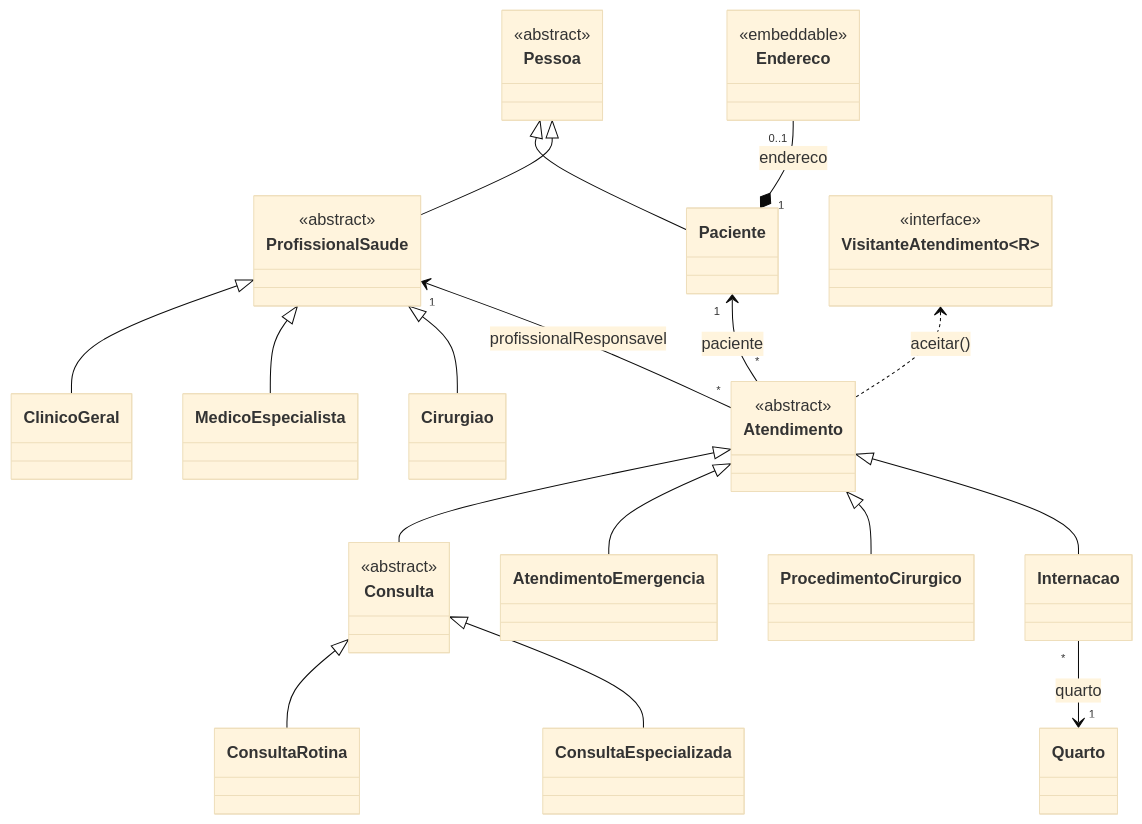
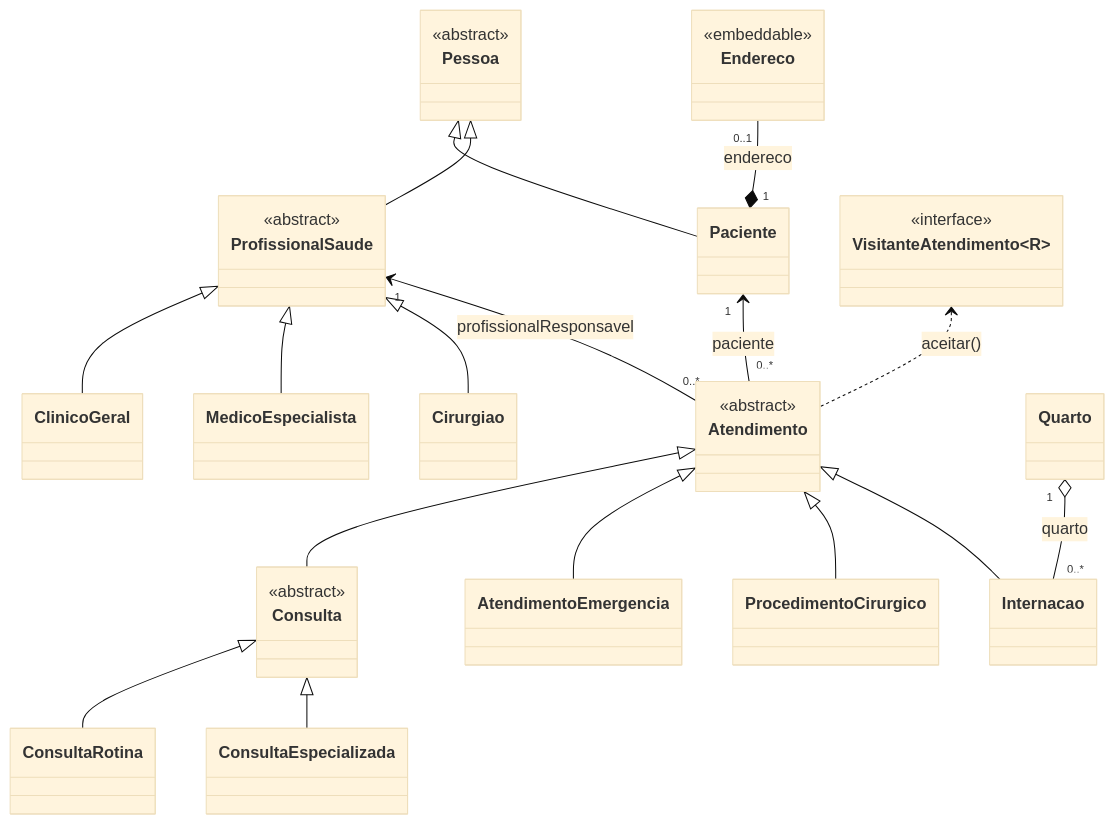
One commit to pedrolsrt/sistema-hospitalar changed the first of 10 diagrams in docs/diagrama-de-classes.md. Above: the diagram before and after it, drawn with Mermaid (base theme). The commit also changed other lines of this file and 5 other files, not shown here.

Commit message:
docs: ajusta os diagramas conforme a avaliação e adiciona o diagrama completo da Sprint 2

````diff
--- a/docs/diagrama-de-classes.md
+++ b/docs/diagrama-de-classes.md
@@ -70,38 +86,38 @@
 ```mermaid
 classDiagram
     direction TB
 
     class Pessoa { <<abstract>> }
     class ProfissionalSaude { <<abstract>> }
     class ClinicoGeral
     class MedicoEspecialista
     class Cirurgiao
     class Paciente
     class Endereco { <<embeddable>> }
     class Atendimento { <<abstract>> }
     class Consulta { <<abstract>> }
     class ConsultaRotina
     class ConsultaEspecializada
     class AtendimentoEmergencia
     class ProcedimentoCirurgico
     class Internacao
     class Quarto
     class VisitanteAtendimento~R~ { <<interface>> }
 
     Pessoa <|-- Paciente
     Pessoa <|-- ProfissionalSaude
     ProfissionalSaude <|-- ClinicoGeral
     ProfissionalSaude <|-- MedicoEspecialista
     ProfissionalSaude <|-- Cirurgiao
     Atendimento <|-- Consulta
     Atendimento <|-- AtendimentoEmergencia
     Atendimento <|-- ProcedimentoCirurgico
     Atendimento <|-- Internacao
     Consulta <|-- ConsultaRotina
     Consulta <|-- ConsultaEspecializada
-    Internacao "*" --> "1" Quarto : quarto
+    Quarto "1" o-- "0..*" Internacao : quarto
     VisitanteAtendimento <.. Atendimento : aceitar()
-    Paciente "1" <-- "*" Atendimento : paciente
-    ProfissionalSaude "1" <-- "*" Atendimento : profissionalResponsavel
+    Paciente "1" <-- "0..*" Atendimento : paciente
+    ProfissionalSaude "1" <-- "0..*" Atendimento : profissionalResponsavel
     Endereco "0..1" --* "1" Paciente : endereco
 ```
````
